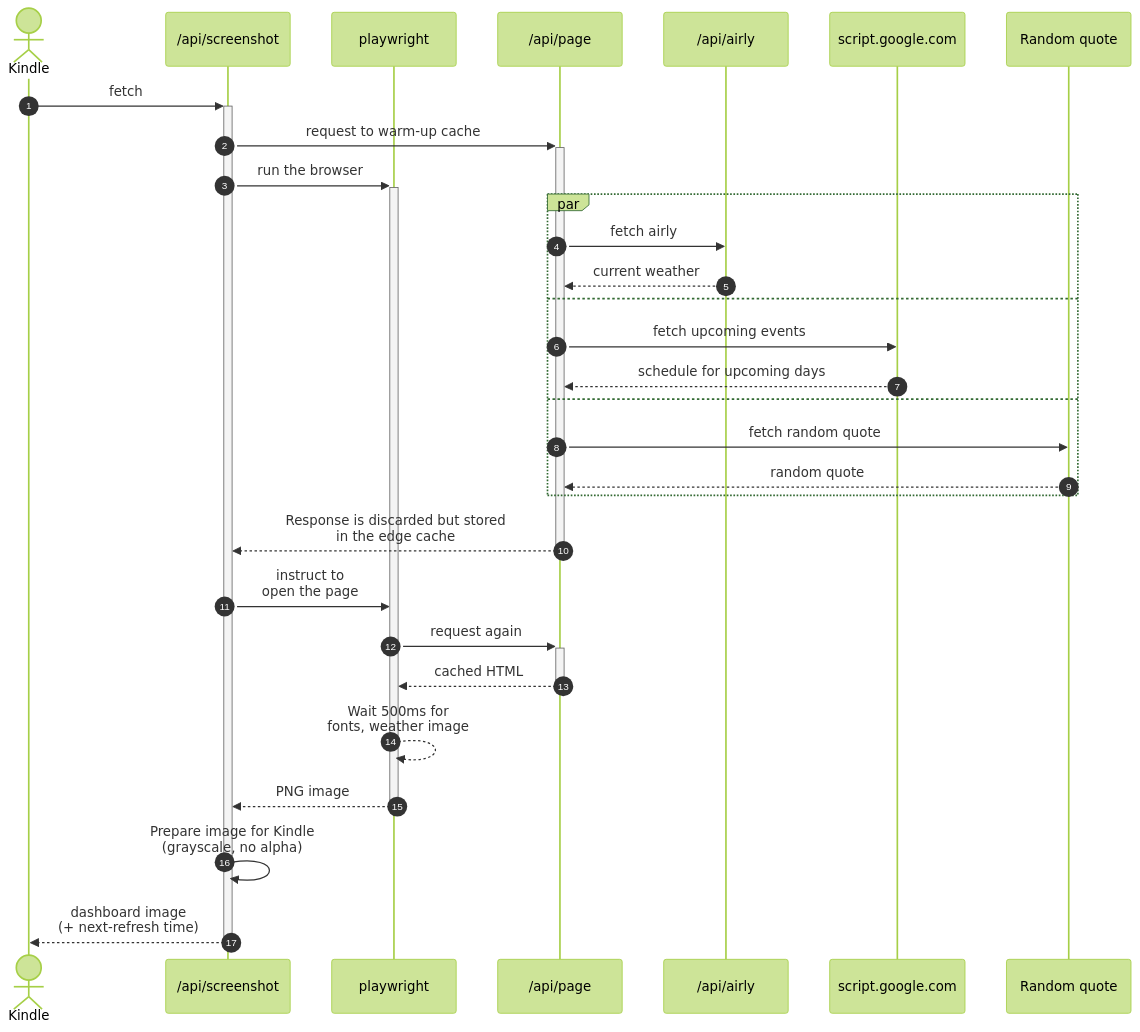
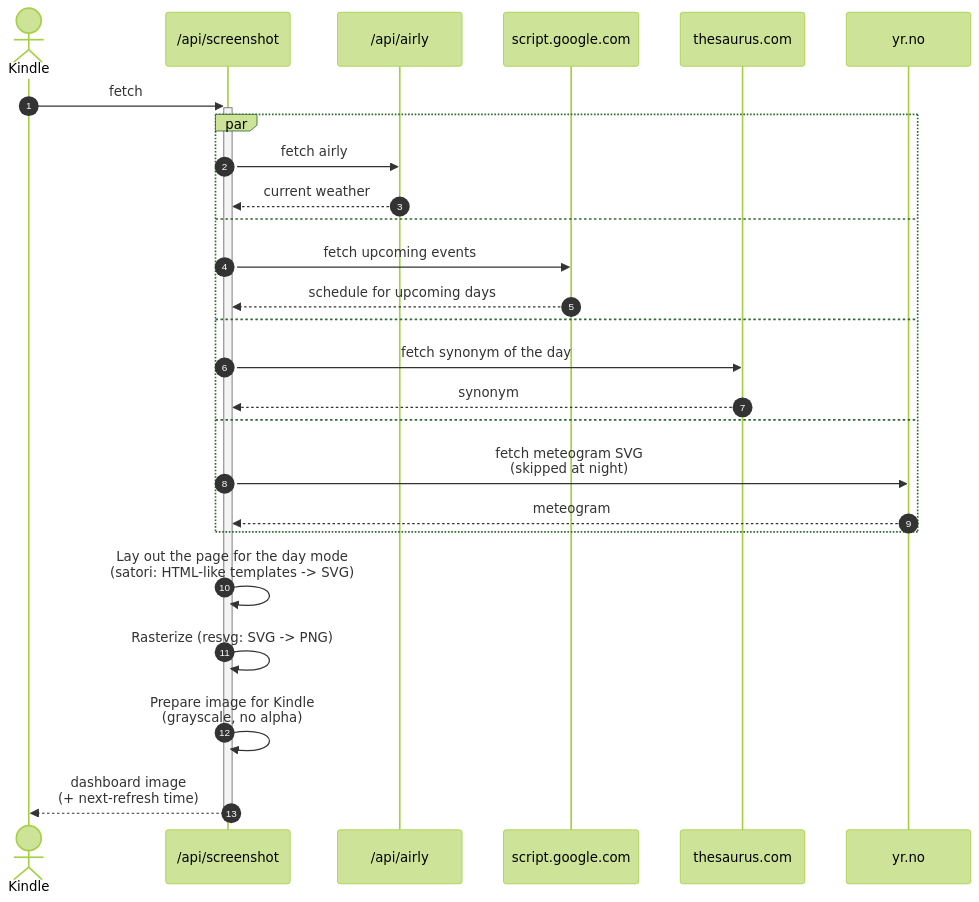
The diagram in README.md (bukowskiadam/kindle-page), drawn with Mermaid (forest theme) before and after one commit. The commit also changed other lines of this file and 27 other files, not shown here.

First line of the commit message:
feat: serve the satori-rendered image from /api/screenshot

````diff
--- a/README.md
+++ b/README.md
@@ -27,32 +27,28 @@
 ```mermaid
 sequenceDiagram
     autonumber
     actor kindle as Kindle
     participant screenshot as /api/screenshot
-    participant playwright
-    participant page as /api/page
     participant airly as /api/airly
     participant calendar as script.google.com
-    participant quote as Random quote
+    participant thesaurus as thesaurus.com
+    participant yr as yr.no
     kindle ->>+ screenshot: fetch
-    screenshot ->>+ page: request to warm-up cache
-    screenshot ->>+ playwright: run the browser
     par
-        page ->> airly: fetch airly
-        airly -->> page: current weather
+        screenshot ->> airly: fetch airly
+        airly -->> screenshot: current weather
     and
-        page ->> calendar: fetch upcoming events
-        calendar -->> page: schedule for upcoming days
+        screenshot ->> calendar: fetch upcoming events
+        calendar -->> screenshot: schedule for upcoming days
     and
-        page ->> quote: fetch random quote
-        quote -->> page: random quote
+        screenshot ->> thesaurus: fetch synonym of the day
+        thesaurus -->> screenshot: synonym
+    and
+        screenshot ->> yr: fetch meteogram SVG<br>(skipped at night)
+        yr -->> screenshot: meteogram
     end
-    page -->>- screenshot: Response is discarded but stored<br>in the edge cache
-    screenshot ->> playwright: instruct to<br>open the page
-    playwright ->>+ page: request again
-    page -->>- playwright: cached HTML
-    playwright -->> playwright: Wait 500ms for<br>fonts, weather image
-    playwright -->>- screenshot: PNG image
+    screenshot ->> screenshot: Lay out the page for the day mode<br>(satori: HTML-like templates -> SVG)
+    screenshot ->> screenshot: Rasterize (resvg: SVG -> PNG)
     screenshot ->> screenshot: Prepare image for Kindle<br>(grayscale, no alpha)
     screenshot -->>- kindle: dashboard image<br>(+ next-refresh time)
 ```
````
